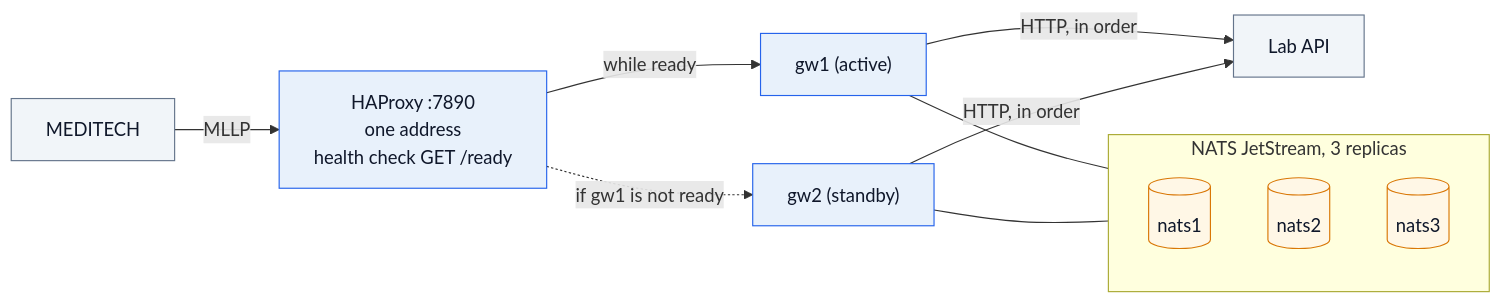
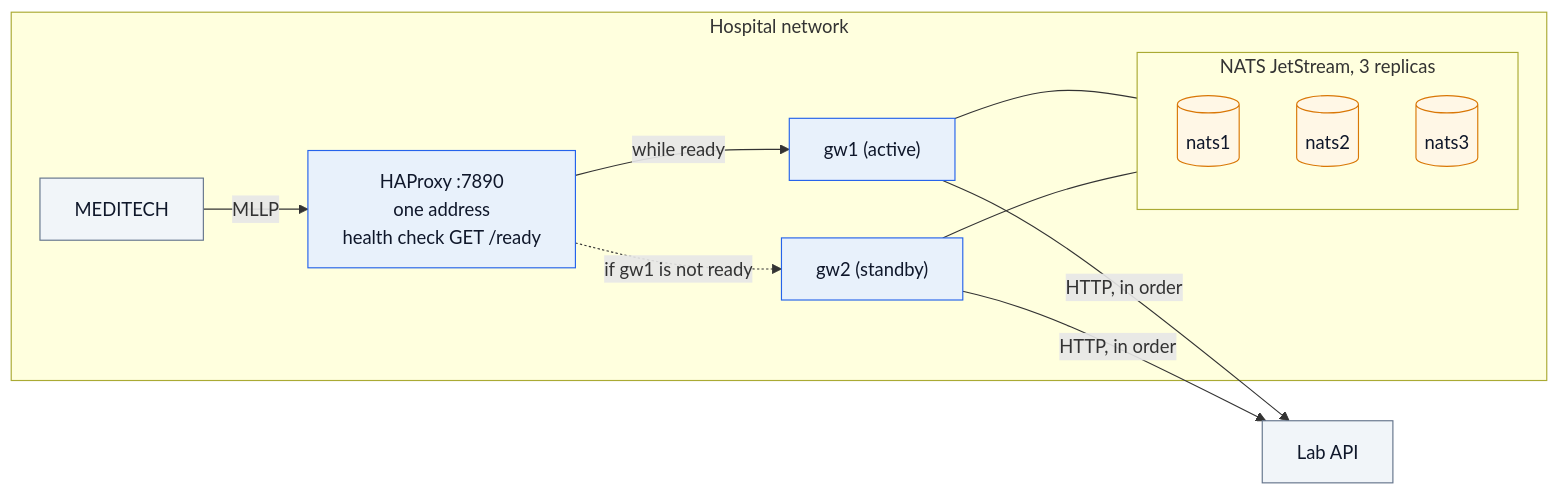
The diagram in 05-high-availability/diagrams/architecture.mmd (lambogenius/hl7-edge-gateway-examples), drawn with Mermaid before and after one commit. The commit also changed 23 other files, not shown here.

Commit message:
Architecture diagrams: on-prem parts inside the hospital network, cloud load balancers inside the cloud network

```diff
--- a/05-high-availability/diagrams/architecture.mmd
+++ b/05-high-availability/diagrams/architecture.mmd
@@ -1,19 +1,21 @@
 flowchart LR
-  M["MEDITECH"]:::ext -- "MLLP" --> LB["HAProxy :7890<br/>one address<br/>health check GET /ready"]:::gw
-  LB -- "while ready" --> G1["gw1 (active)"]:::gw
-  LB -. "if gw1 is not ready" .-> G2["gw2 (standby)"]:::gw
-  subgraph JS["NATS JetStream, 3 replicas"]
-    N1[("nats1")]:::store
-    N2[("nats2")]:::store
-    N3[("nats3")]:::store
+  subgraph H["Hospital network"]
+    M["MEDITECH"]:::ext -- "MLLP" --> LB["HAProxy :7890<br/>one address<br/>health check GET /ready"]:::gw
+    LB -- "while ready" --> G1["gw1 (active)"]:::gw
+    LB -. "if gw1 is not ready" .-> G2["gw2 (standby)"]:::gw
+    subgraph JS["NATS JetStream, 3 replicas"]
+      N1[("nats1")]:::store
+      N2[("nats2")]:::store
+      N3[("nats3")]:::store
+    end
+    G1 --- JS
+    G2 --- JS
   end
-  G1 --- JS
-  G2 --- JS
   G1 -- "HTTP, in order" --> API["Lab API"]:::ext
   G2 -- "HTTP, in order" --> API
 
   classDef gw fill:#e8f1fb,stroke:#2563eb,color:#0f172a
   classDef store fill:#fff7e6,stroke:#d97706,color:#0f172a
   classDef ext fill:#f1f5f9,stroke:#64748b,color:#0f172a
   classDef bad fill:#fdecec,stroke:#dc2626,color:#0f172a
   classDef ok fill:#ecfdf3,stroke:#16a34a,color:#0f172a
```
